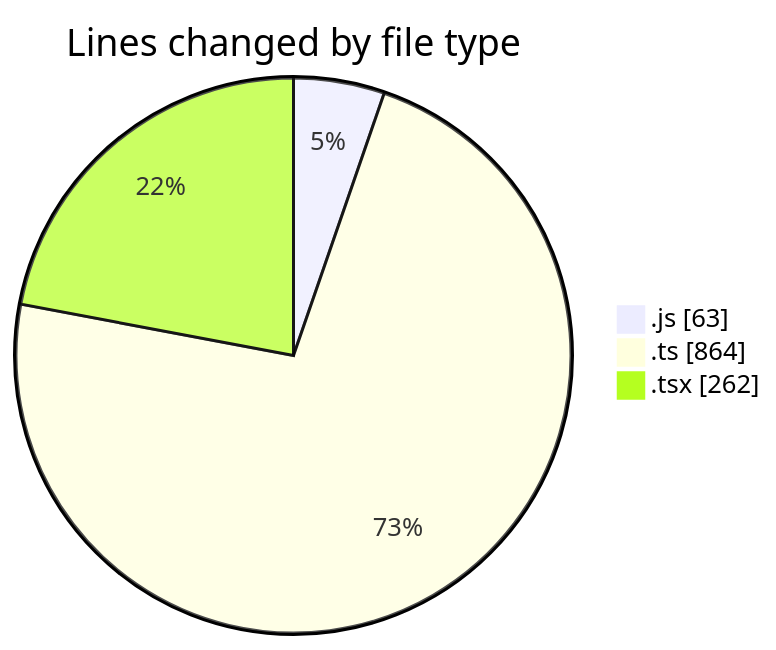
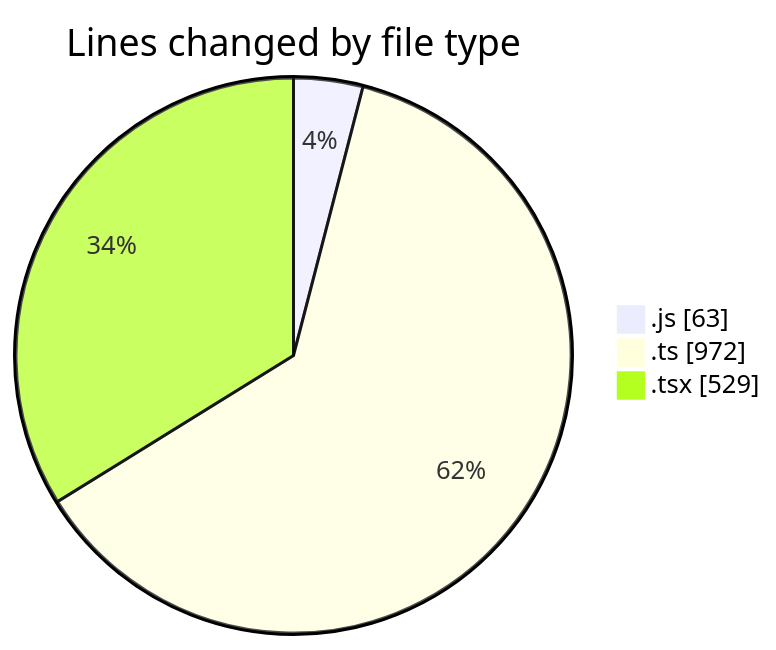
Before and after one commit to momahboobian/code-tracking: the first of 2 diagrams in 2026-08-04/cda/README.md, drawn with Mermaid. The commit also changed other lines of this file and 1 other file, not shown here.

````diff
--- a/2026-08-04/cda/README.md
+++ b/2026-08-04/cda/README.md
@@ -28,7 +30,7 @@
 ```mermaid
 pie showData
 title Lines changed by file type
 ".js" : 63
-".ts" : 864
-".tsx" : 262
+".ts" : 972
+".tsx" : 529
 ```
````
